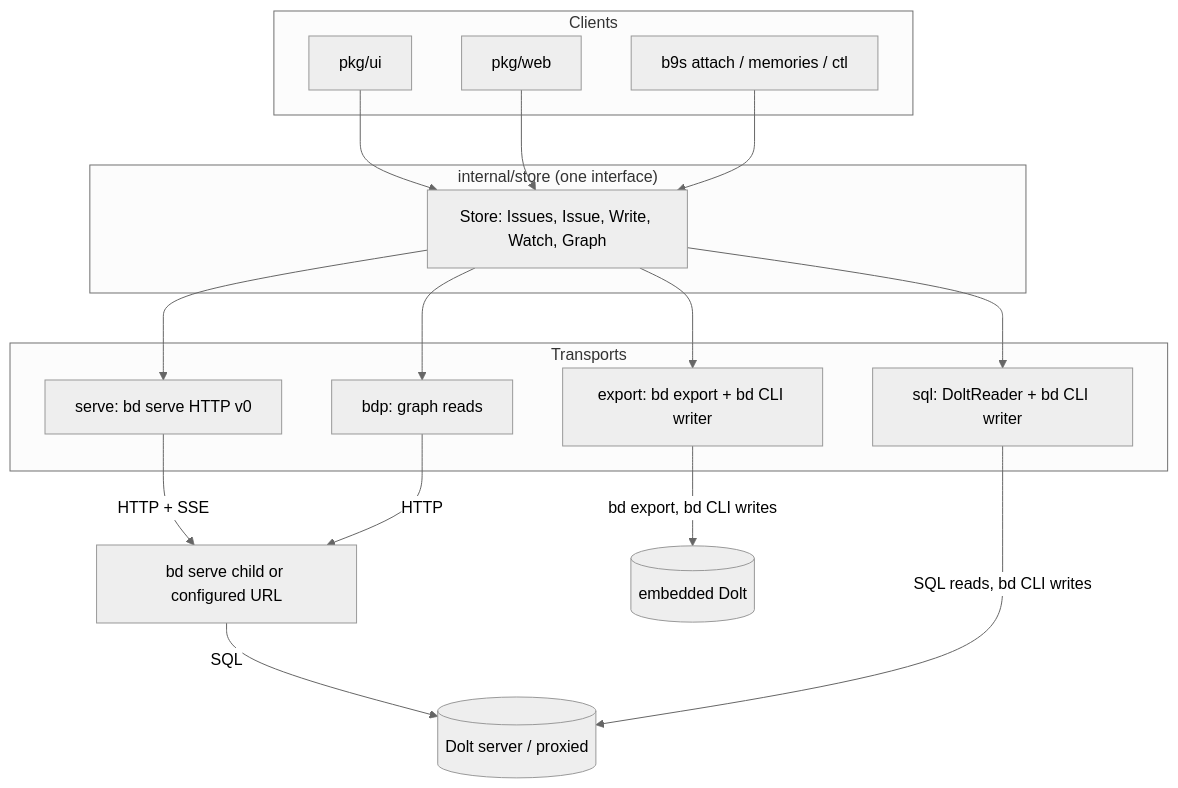
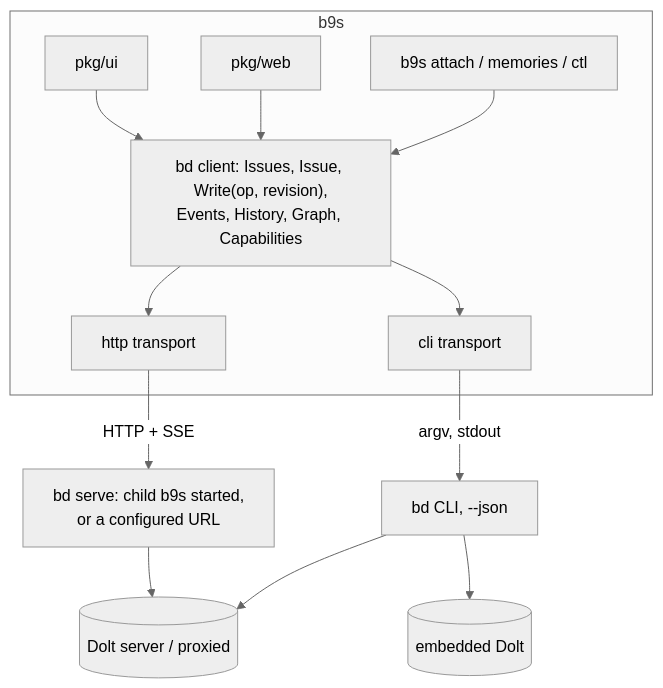
One commit to vanderheijden86/b9s changed the first of 8 diagrams in docs/plans/2026-10-14-data-io-target-state.md. Above: the diagram before and after it, drawn with Mermaid (neutral theme). The commit also changed other lines of this file, not shown here.

First line of the commit message:
docs(plans): redesign the data IO target state around bd's client doors

````diff
--- a/docs/plans/2026-10-14-data-io-target-state.md
+++ b/docs/plans/2026-10-14-data-io-target-state.md
@@ -85,33 +90,25 @@
 ```mermaid
 flowchart TB
-    subgraph Clients
-        TUI[pkg/ui]
+    subgraph b9s
+        UI[pkg/ui]
         WEB[pkg/web]
-        CMD[b9s attach / memories / ctl]
+        SUB[b9s attach / memories / ctl]
+        C["bd client: Issues, Issue, Write(op, revision),<br/>Events, History, Graph, Capabilities"]
+        H[http transport]
+        X[cli transport]
+        UI --> C
+        WEB --> C
+        SUB --> C
+        C --> H
+        C --> X
     end
-    subgraph Store["internal/store (one interface)"]
-        S[Store: Issues, Issue, Write, Watch, Graph]
-    end
-    subgraph Transports
-        H[serve: bd serve HTTP v0]
-        Q[sql: DoltReader + bd CLI writer]
-        X[export: bd export + bd CLI writer]
-        G[bdp: graph reads]
-    end
-    BD[bd serve child or configured URL]
+    S[bd serve: child b9s started,<br/>or a configured URL]
+    BD[bd CLI, --json]
     D[(Dolt server / proxied)]
     E[(embedded Dolt)]
-
-    TUI --> S
-    WEB --> S
-    CMD --> S
-    S --> H
-    S --> Q
-    S --> X
-    S --> G
-    H -- HTTP + SSE --> BD
-    G -- HTTP --> BD
-    BD -- SQL --> D
-    Q -- "SQL reads, bd CLI writes" --> D
-    X -- "bd export, bd CLI writes" --> E
+    H -- "HTTP + SSE" --> S
+    X -- "argv, stdout" --> BD
+    S --> D
+    BD --> D
+    BD --> E
 ```
````
